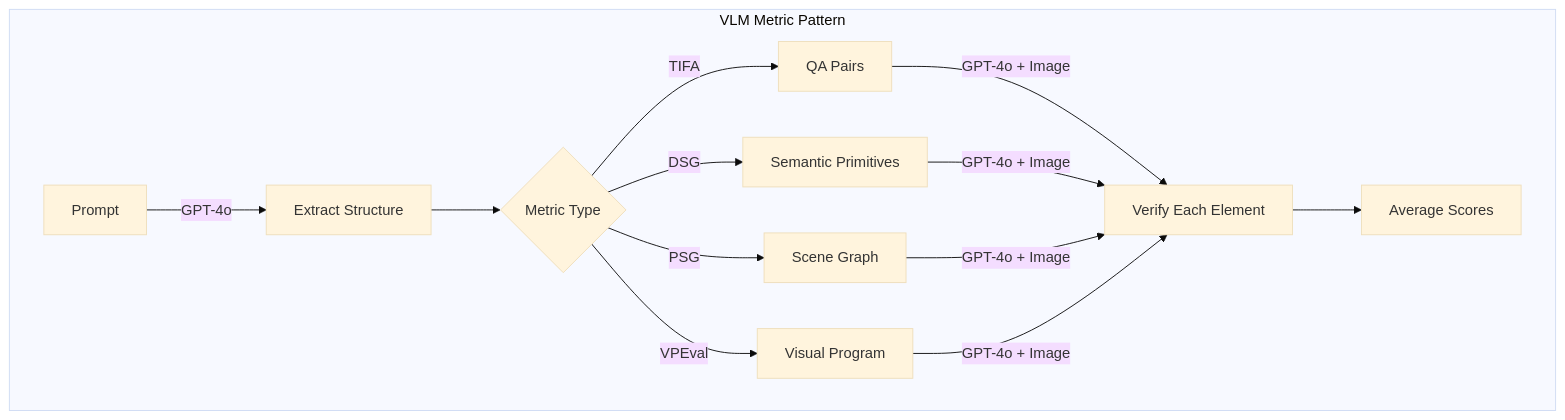
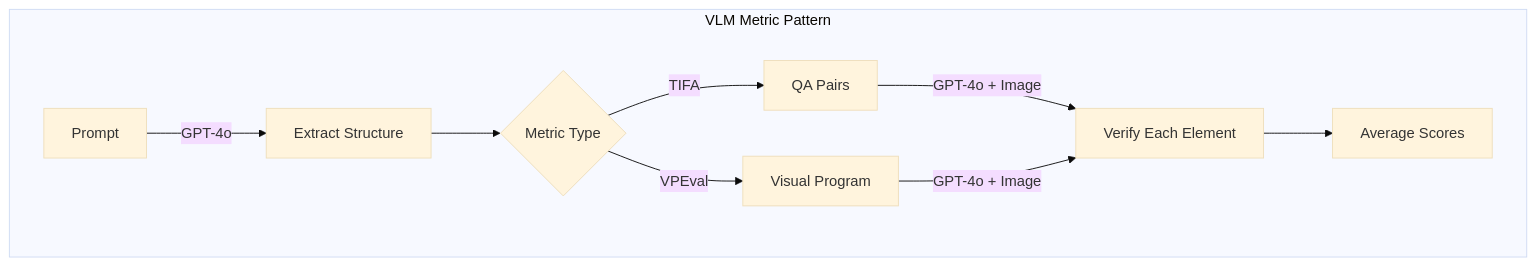
The fourth of 7 diagrams in TechnicalDocs/MetricsSystem.md (hshujuan/text_to_image_grader), drawn with Mermaid (base theme) before and after one commit. The commit also changed other lines of this file and 1 other file, not shown here.

````diff
--- a/TechnicalDocs/MetricsSystem.md
+++ b/TechnicalDocs/MetricsSystem.md
@@ -186,14 +190,12 @@
 ```mermaid
 flowchart TD
     subgraph "VLM Metric Pattern"
         A[Prompt] -->|GPT-4o| B[Extract Structure]
         B --> C{Metric Type}
         C -->|TIFA| D[QA Pairs]
-        C -->|DSG| E[Semantic Primitives]
-        C -->|PSG| F[Scene Graph]
         C -->|VPEval| G[Visual Program]
         
-        D & E & F & G -->|GPT-4o + Image| H[Verify Each Element]
+        D & G -->|GPT-4o + Image| H[Verify Each Element]
         H --> I[Average Scores]
     end
 ```
````
